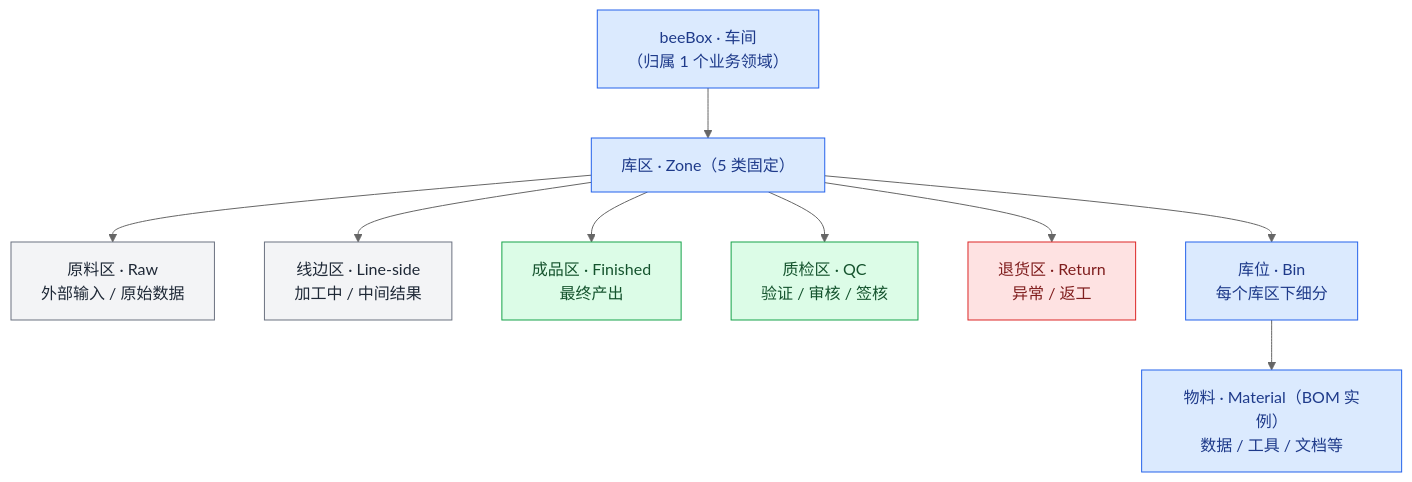
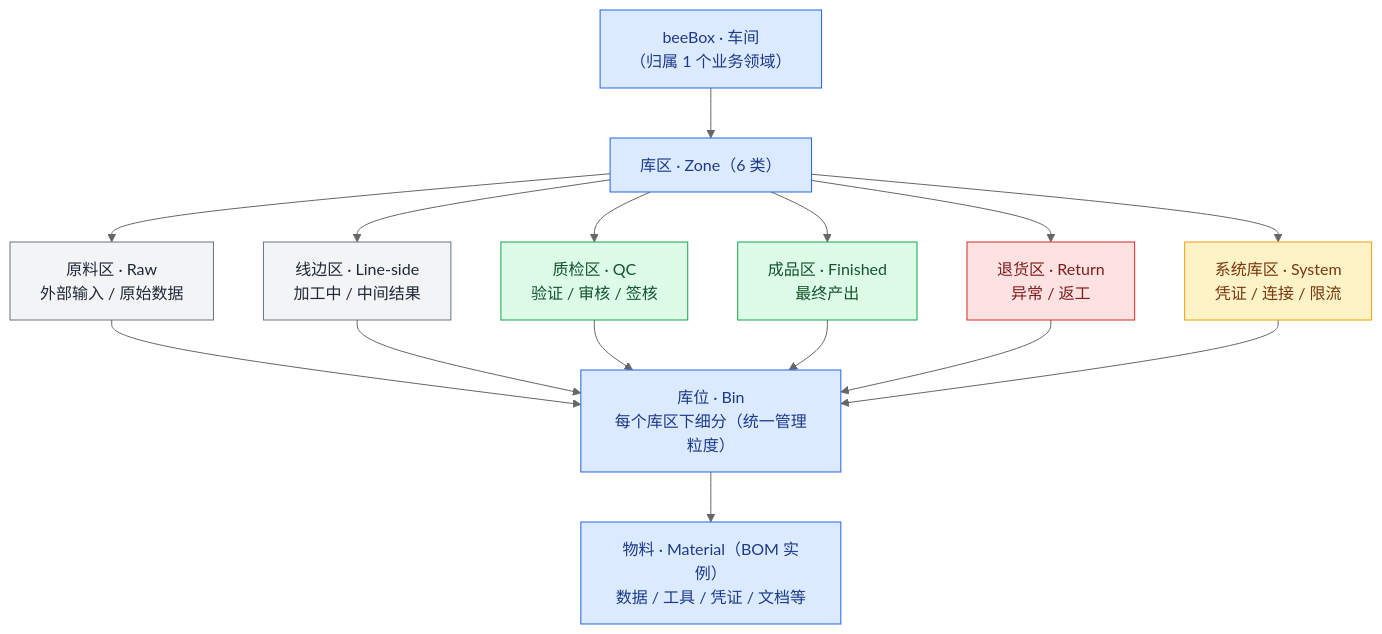
The third of 4 diagrams in docs/architecture/kernel-design.md (chehuizi/beeOS), drawn with Mermaid (neutral theme) before and after one commit. The commit also changed other lines of this file, not shown here.

Commit message:
docs: §4 加系统库区 + 强调 Bin 统一管理 + operation 用 credentials_ref
库区扩展：5 业务（原料/线边/质检/成品/退货）+ 1 系统（凭证/连接/限流）= 6 类
- 系统库区跟业务库区一样有 Bin 管理
- 凭证也是物料（按'工具也按物料管理'原则一致）
- 库位（Bin）= 统一管理粒度

修订：
- §4 树形图：加系统库区节点（黄色配色），zones 改'6 类'
- §4 文字加'库位（Bin）是统一管理粒度'说明
- §5.2 operation 必含属性：resources_ref → credentials_ref
  （指向系统库区 Bin，bee 从 Bin 拿凭证）
- §8 已确定清单：加 4 条同步

库位（Bin）现在 = beeOS 统一管理粒度（业务物料 + 系统凭证）

````diff
--- a/docs/architecture/kernel-design.md
+++ b/docs/architecture/kernel-design.md
@@ -168,30 +170,34 @@
 ```mermaid
 graph TB
     beeBox["beeBox · 车间<br/>（归属 1 个业务领域）"]
-    zones["库区 · Zone（5 类固定）"]
+    zones["库区 · Zone（6 类）"]
     raw["原料区 · Raw<br/>外部输入 / 原始数据"]
     line["线边区 · Line-side<br/>加工中 / 中间结果"]
+    qc["质检区 · QC<br/>验证 / 审核 / 签核"]
     finished["成品区 · Finished<br/>最终产出"]
-    qc["质检区 · QC<br/>验证 / 审核 / 签核"]
     return["退货区 · Return<br/>异常 / 返工"]
-    bins["库位 · Bin<br/>每个库区下细分"]
-    materials["物料 · Material（BOM 实例）<br/>数据 / 工具 / 文档等"]
+    system["系统库区 · System<br/>凭证 / 连接 / 限流"]
+    bins["库位 · Bin<br/>每个库区下细分（统一管理粒度）"]
+    materials["物料 · Material（BOM 实例）<br/>数据 / 工具 / 凭证 / 文档等"]
 
     beeBox --> zones
     zones --> raw
     zones --> line
+    zones --> qc
     zones --> finished
-    zones --> qc
     zones --> return
-    zones --> bins
+    zones --> system
+    raw & line & qc & finished & return & system --> bins
     bins --> materials
 
     classDef box fill:#dbeafe,stroke:#2563eb,color:#1e3a8a
     classDef ok fill:#dcfce7,stroke:#16a34a,color:#14532d
     classDef bad fill:#fee2e2,stroke:#dc2626,color:#7f1d1d
     classDef neutral fill:#f3f4f6,stroke:#6b7280,color:#1f2937
+    classDef sys fill:#fef3c7,stroke:#f59e0b,color:#78350f
     class beeBox,zones,bins,materials box
     class raw,line neutral
-    class finished,qc ok
+    class qc,finished ok
     class return bad
+    class system sys
 ```
````
